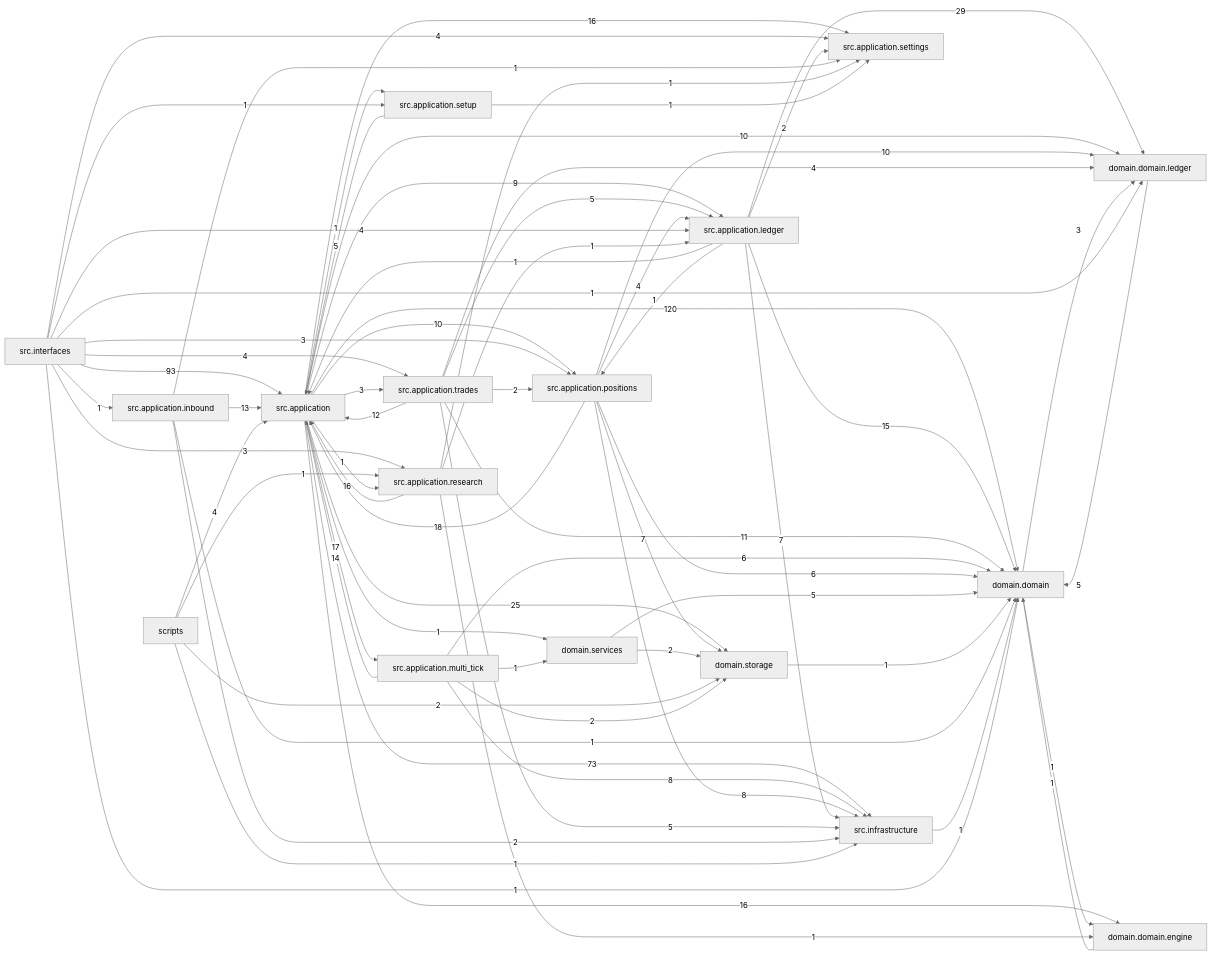
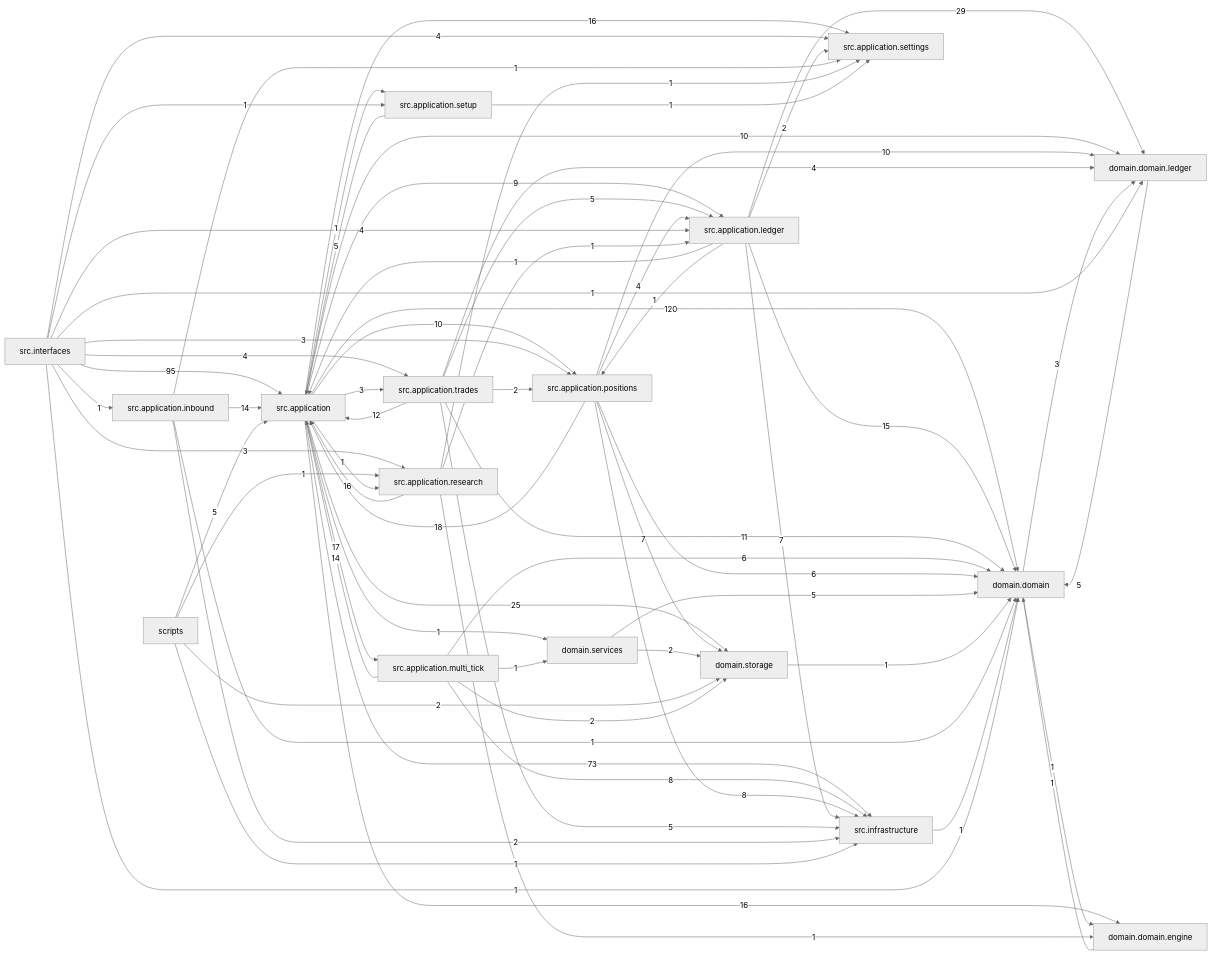
Before and after one commit to liuxie066/options-monitor: the diagram in docs/dependency_graph.mmd, drawn with Mermaid (neutral theme). The commit also changed 34 other files, not shown here.

```diff
--- a/docs/dependency_graph.mmd
+++ b/docs/dependency_graph.mmd
@@ -1,69 +1,69 @@
 flowchart LR
   src_application["src.application"] -->|120| domain_domain["domain.domain"]
-  src_interfaces["src.interfaces"] -->|93| src_application["src.application"]
+  src_interfaces["src.interfaces"] -->|95| src_application["src.application"]
   src_application["src.application"] -->|73| src_infrastructure["src.infrastructure"]
   src_application_ledger["src.application.ledger"] -->|29| domain_domain_ledger["domain.domain.ledger"]
   src_application["src.application"] -->|25| domain_storage["domain.storage"]
   src_application_positions["src.application.positions"] -->|18| src_application["src.application"]
   src_application["src.application"] -->|17| src_application_multi_tick["src.application.multi_tick"]
   src_application["src.application"] -->|16| domain_domain_engine["domain.domain.engine"]
   src_application["src.application"] -->|16| src_application_settings["src.application.settings"]
   src_application_research["src.application.research"] -->|16| src_application["src.application"]
   src_application_ledger["src.application.ledger"] -->|15| domain_domain["domain.domain"]
+  src_application_inbound["src.application.inbound"] -->|14| src_application["src.application"]
   src_application_multi_tick["src.application.multi_tick"] -->|14| src_application["src.application"]
-  src_application_inbound["src.application.inbound"] -->|13| src_application["src.application"]
   src_application_trades["src.application.trades"] -->|12| src_application["src.application"]
   src_application_trades["src.application.trades"] -->|11| domain_domain["domain.domain"]
   src_application["src.application"] -->|10| domain_domain_ledger["domain.domain.ledger"]
   src_application["src.application"] -->|10| src_application_positions["src.application.positions"]
   src_application_positions["src.application.positions"] -->|10| domain_domain_ledger["domain.domain.ledger"]
   src_application["src.application"] -->|9| src_application_ledger["src.application.ledger"]
   src_application_multi_tick["src.application.multi_tick"] -->|8| src_infrastructure["src.infrastructure"]
   src_application_positions["src.application.positions"] -->|8| src_infrastructure["src.infrastructure"]
   src_application_ledger["src.application.ledger"] -->|7| src_infrastructure["src.infrastructure"]
   src_application_positions["src.application.positions"] -->|7| domain_storage["domain.storage"]
   src_application_multi_tick["src.application.multi_tick"] -->|6| domain_domain["domain.domain"]
   src_application_positions["src.application.positions"] -->|6| domain_domain["domain.domain"]
   domain_domain_ledger["domain.domain.ledger"] -->|5| domain_domain["domain.domain"]
   domain_services["domain.services"] -->|5| domain_domain["domain.domain"]
+  scripts["scripts"] -->|5| src_application["src.application"]
   src_application_setup["src.application.setup"] -->|5| src_application["src.application"]
   src_application_trades["src.application.trades"] -->|5| src_application_ledger["src.application.ledger"]
   src_application_trades["src.application.trades"] -->|5| src_infrastructure["src.infrastructure"]
-  scripts["scripts"] -->|4| src_application["src.application"]
   src_application_positions["src.application.positions"] -->|4| src_application_ledger["src.application.ledger"]
   src_application_trades["src.application.trades"] -->|4| domain_domain_ledger["domain.domain.ledger"]
   src_interfaces["src.interfaces"] -->|4| src_application_ledger["src.application.ledger"]
   src_interfaces["src.interfaces"] -->|4| src_application_settings["src.application.settings"]
   src_interfaces["src.interfaces"] -->|4| src_application_trades["src.application.trades"]
   domain_domain["domain.domain"] -->|3| domain_domain_ledger["domain.domain.ledger"]
   src_application["src.application"] -->|3| src_application_trades["src.application.trades"]
   src_interfaces["src.interfaces"] -->|3| src_application_positions["src.application.positions"]
   src_interfaces["src.interfaces"] -->|3| src_application_research["src.application.research"]
   domain_services["domain.services"] -->|2| domain_storage["domain.storage"]
   scripts["scripts"] -->|2| domain_storage["domain.storage"]
   src_application_inbound["src.application.inbound"] -->|2| src_infrastructure["src.infrastructure"]
   src_application_ledger["src.application.ledger"] -->|2| src_application_settings["src.application.settings"]
   src_application_multi_tick["src.application.multi_tick"] -->|2| domain_storage["domain.storage"]
   src_application_trades["src.application.trades"] -->|2| src_application_positions["src.application.positions"]
   domain_domain["domain.domain"] -->|1| domain_domain_engine["domain.domain.engine"]
   domain_domain_engine["domain.domain.engine"] -->|1| domain_domain["domain.domain"]
   domain_storage["domain.storage"] -->|1| domain_domain["domain.domain"]
   scripts["scripts"] -->|1| src_application_research["src.application.research"]
   scripts["scripts"] -->|1| src_infrastructure["src.infrastructure"]
   src_application["src.application"] -->|1| domain_services["domain.services"]
   src_application["src.application"] -->|1| src_application_research["src.application.research"]
   src_application["src.application"] -->|1| src_application_setup["src.application.setup"]
   src_application_inbound["src.application.inbound"] -->|1| domain_domain["domain.domain"]
   src_application_inbound["src.application.inbound"] -->|1| src_application_settings["src.application.settings"]
   src_application_ledger["src.application.ledger"] -->|1| src_application["src.application"]
   src_application_ledger["src.application.ledger"] -->|1| src_application_positions["src.application.positions"]
   src_application_multi_tick["src.application.multi_tick"] -->|1| domain_services["domain.services"]
   src_application_research["src.application.research"] -->|1| domain_domain_engine["domain.domain.engine"]
   src_application_research["src.application.research"] -->|1| src_application_ledger["src.application.ledger"]
   src_application_research["src.application.research"] -->|1| src_application_settings["src.application.settings"]
   src_application_setup["src.application.setup"] -->|1| src_application_settings["src.application.settings"]
   src_infrastructure["src.infrastructure"] -->|1| domain_domain["domain.domain"]
   src_interfaces["src.interfaces"] -->|1| domain_domain["domain.domain"]
   src_interfaces["src.interfaces"] -->|1| domain_domain_ledger["domain.domain.ledger"]
   src_interfaces["src.interfaces"] -->|1| src_application_inbound["src.application.inbound"]
   src_interfaces["src.interfaces"] -->|1| src_application_setup["src.application.setup"]
```
